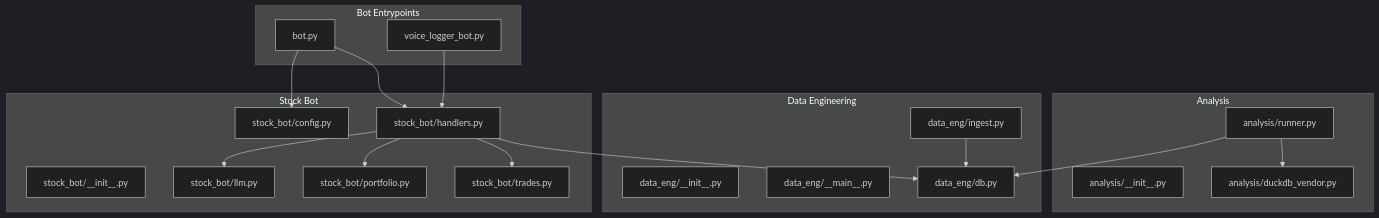
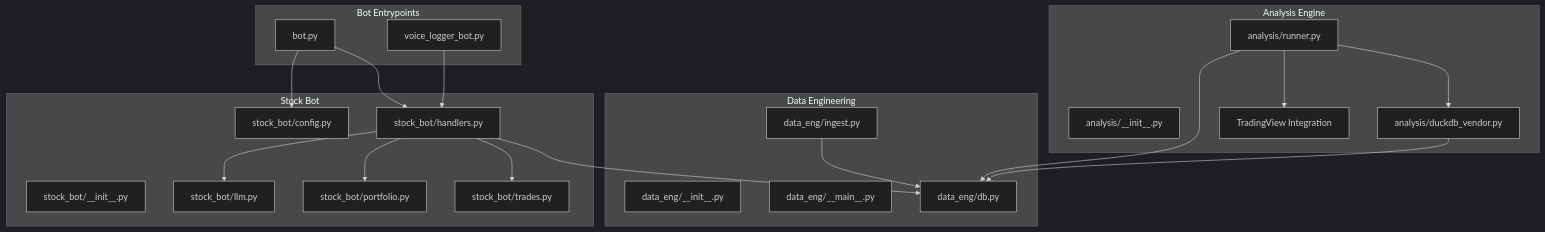
The first of 11 diagrams in .qoder/repowiki/en/content/Core Components/Analysis Framework.md (ZengSeng/telegram-bot), drawn with Mermaid (dark theme) before and after one commit. The commit also changed other lines of this file and 24 other files, not shown here.

````diff
--- a/.qoder/repowiki/en/content/Core Components/Analysis Framework.md
+++ b/.qoder/repowiki/en/content/Core Components/Analysis Framework.md
@@ -47,36 +57,39 @@
 ```mermaid
 graph TB
 subgraph "Bot Entrypoints"
 BOT["bot.py"]
 VLB["voice_logger_bot.py"]
 end
-subgraph "Analysis"
+subgraph "Analysis Engine"
 A_INIT["analysis/__init__.py"]
 DUCK["analysis/duckdb_vendor.py"]
 RUN["analysis/runner.py"]
+TV["TradingView Integration"]
 end
 subgraph "Data Engineering"
 DE_INIT["data_eng/__init__.py"]
 DE_MAIN["data_eng/__main__.py"]
 DB_MOD["data_eng/db.py"]
 INGEST["data_eng/ingest.py"]
 end
 subgraph "Stock Bot"
 SB_INIT["stock_bot/__init__.py"]
 CFG["stock_bot/config.py"]
 HND["stock_bot/handlers.py"]
 LLM["stock_bot/llm.py"]
 PORT["stock_bot/portfolio.py"]
 TRD["stock_bot/trades.py"]
 end
 BOT --> HND
 BOT --> CFG
 VLB --> HND
 HND --> LLM
 HND --> PORT
 HND --> TRD
 HND --> DB_MOD
 INGEST --> DB_MOD
 RUN --> DUCK
+RUN --> TV
 RUN --> DB_MOD
+DUCK --> DB_MOD
 ```
````
